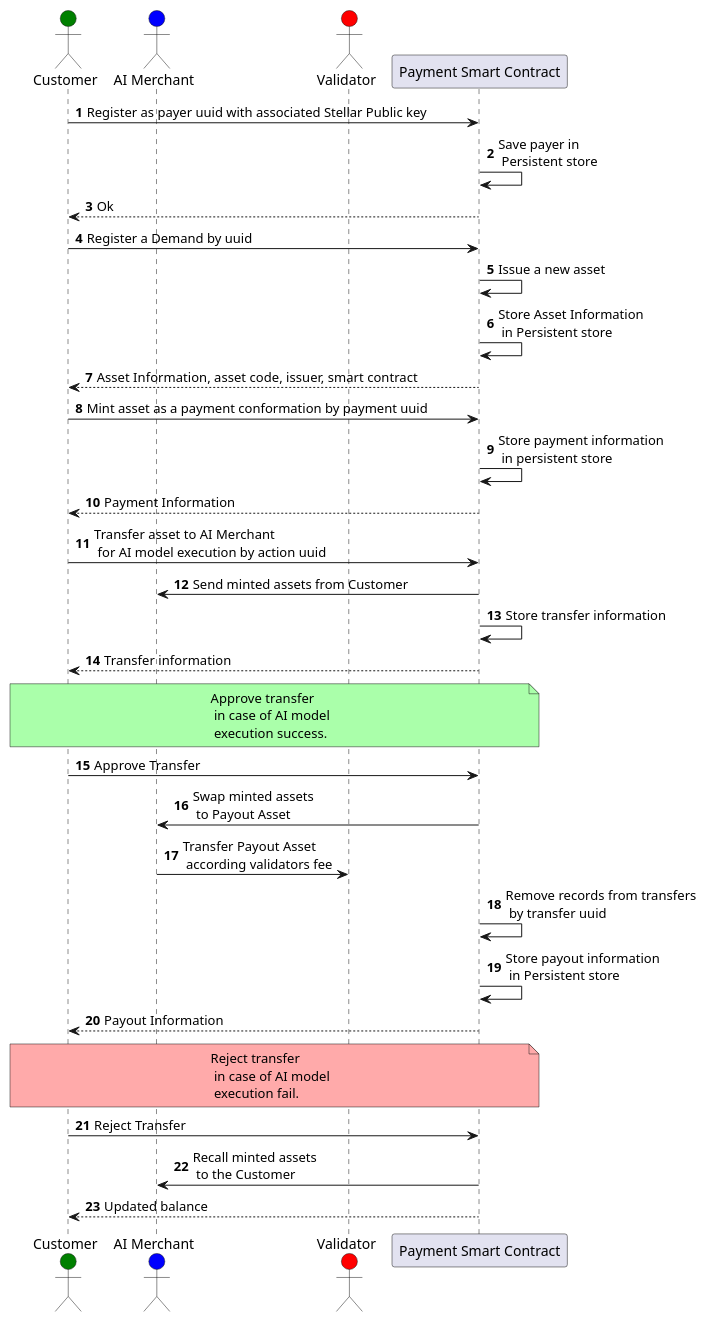
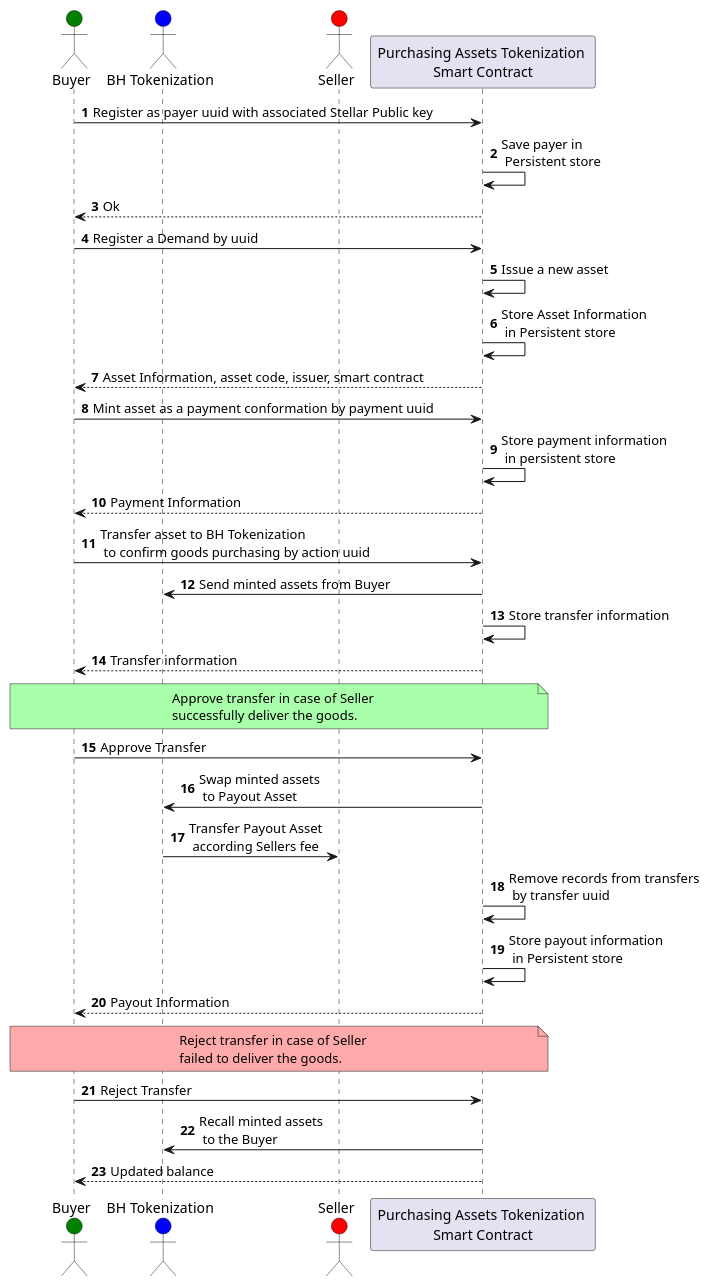
Before and after one commit to TatarinovIgor/birdhouse-contract: the diagram in uml/MasterContract-sequence.puml, drawn with PlantUML. The commit also changed 1 other file, not shown here.

Commit message:
update diagrams

```diff
--- a/uml/MasterContract-sequence.puml
+++ b/uml/MasterContract-sequence.puml
@@ -1,35 +1,35 @@
 @startuml
 'https://plantuml.com/sequence-diagram
 
 autonumber
 
-actor Customer as Customer #green
-actor "AI Merchant" as Merchant #blue
-actor "Validator" as Validator #red
-participant "Payment Smart Contract" as Contract
-Customer -> Contract: Register as payer uuid with associated Stellar Public key
+actor Buyer as Buyer #green
+actor "BH Tokenization" as Merchant #blue
+actor "Seller" as Seller #red
+participant "Purchasing Assets Tokenization \nSmart Contract" as Contract
+Buyer -> Contract: Register as payer uuid with associated Stellar Public key
 Contract -> Contract: Save payer in\n Persistent store
-Contract --> Customer: Ok
-Customer -> Contract: Register a Demand by uuid
+Contract --> Buyer: Ok
+Buyer -> Contract: Register a Demand by uuid
 Contract -> Contract: Issue a new asset
 Contract -> Contract: Store Asset Information\n in Persistent store
-Contract --> Customer: Asset Information, asset code, issuer, smart contract
-Customer -> Contract: Mint asset as a payment conformation by payment uuid
+Contract --> Buyer: Asset Information, asset code, issuer, smart contract
+Buyer -> Contract: Mint asset as a payment conformation by payment uuid
 Contract -> Contract: Store payment information\n in persistent store
-Contract -->Customer: Payment Information
-Customer -> Contract: Transfer asset to AI Merchant\n for AI model execution by action uuid
-Contract -> Merchant: Send minted assets from Customer
+Contract -->Buyer: Payment Information
+Buyer -> Contract: Transfer asset to BH Tokenization\n to confirm goods purchasing by action uuid
+Contract -> Merchant: Send minted assets from Buyer
 Contract -> Contract: Store transfer information
-Contract --> Customer: Transfer information
-note over Contract, Customer #AAFFAA: Approve transfer\n in case of AI model\n execution success.
-Customer -> Contract: Approve Transfer
+Contract --> Buyer: Transfer information
+note over Contract, Buyer #AAFFAA: Approve transfer in case of Seller \nsuccessfully deliver the goods.
+Buyer -> Contract: Approve Transfer
 Contract -> Merchant: Swap minted assets\n to Payout Asset
-Merchant -> Validator: Transfer Payout Asset\n according validators fee
+Merchant -> Seller: Transfer Payout Asset\n according Sellers fee
 Contract -> Contract: Remove records from transfers\n by transfer uuid
 Contract -> Contract: Store payout information\n in Persistent store
-Contract --> Customer: Payout Information
-note over Contract, Customer #FFAAAA: Reject transfer\n in case of AI model\n execution fail.
-Customer -> Contract: Reject Transfer
-Contract -> Merchant: Recall minted assets\n to the Customer
-Contract --> Customer: Updated balance
+Contract --> Buyer: Payout Information
+note over Contract, Buyer #FFAAAA: Reject transfer in case of Seller \nfailed to deliver the goods.
+Buyer -> Contract: Reject Transfer
+Contract -> Merchant: Recall minted assets\n to the Buyer
+Contract --> Buyer: Updated balance
 @enduml
```
